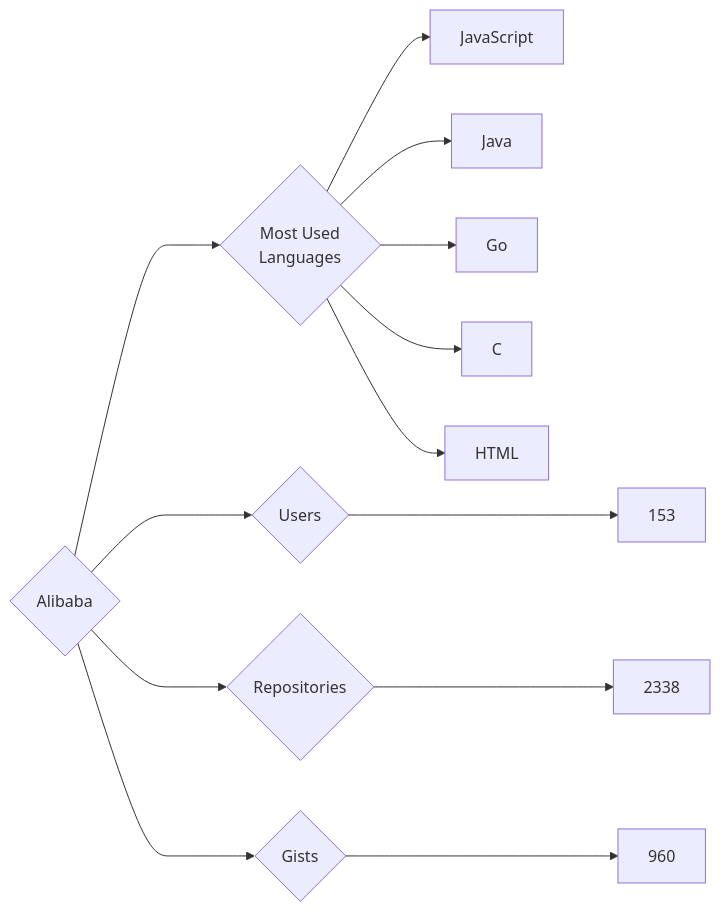
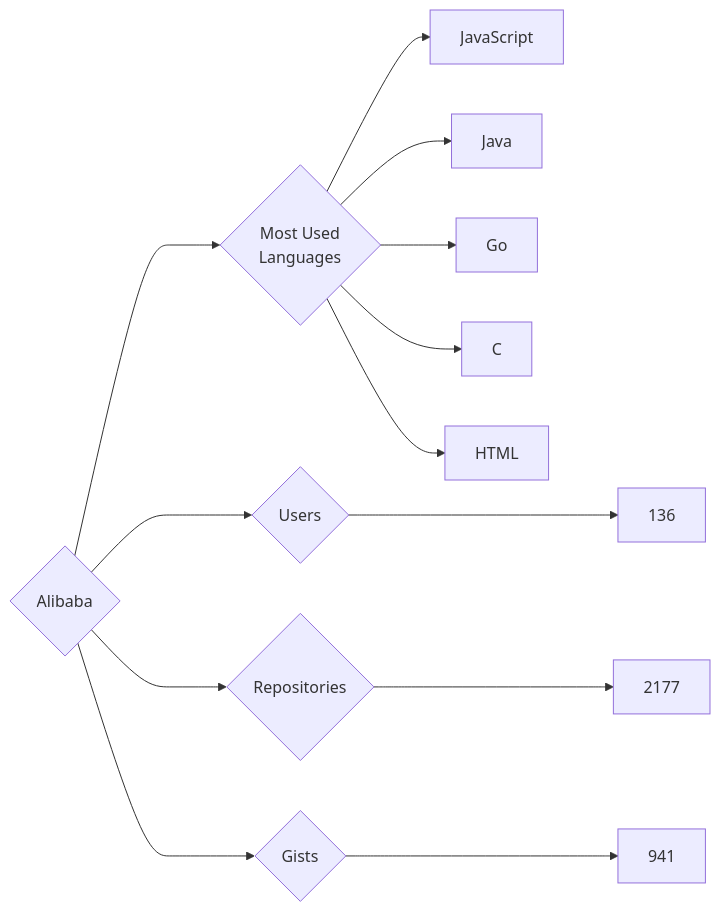
The diagram in targets/Alibaba/README.md (trickest/insiders), drawn with Mermaid before and after one commit. The commit also changed 639 other files, not shown here.

````diff
--- a/targets/Alibaba/README.md
+++ b/targets/Alibaba/README.md
@@ -3,13 +3,13 @@
 ```mermaid
 graph LR
 COMPANY_NAME{Alibaba}
-COMPANY_NAME ---> U{Users} ---> UN[153]
-COMPANY_NAME ---> R{Repositories} ---> RN[2338]
-COMPANY_NAME ---> G{Gists} ---> GN[960]
+COMPANY_NAME ---> U{Users} ---> UN[136]
+COMPANY_NAME ---> R{Repositories} ---> RN[2177]
+COMPANY_NAME ---> G{Gists} ---> GN[941]
 COMPANY_NAME ---> ML{Most Used<br>Languages}
 ML --> JavaScript[JavaScript]
 ML --> Java[Java]
 ML --> Go[Go]
 ML --> C[C]
 ML --> HTML[HTML]
 ```
````
